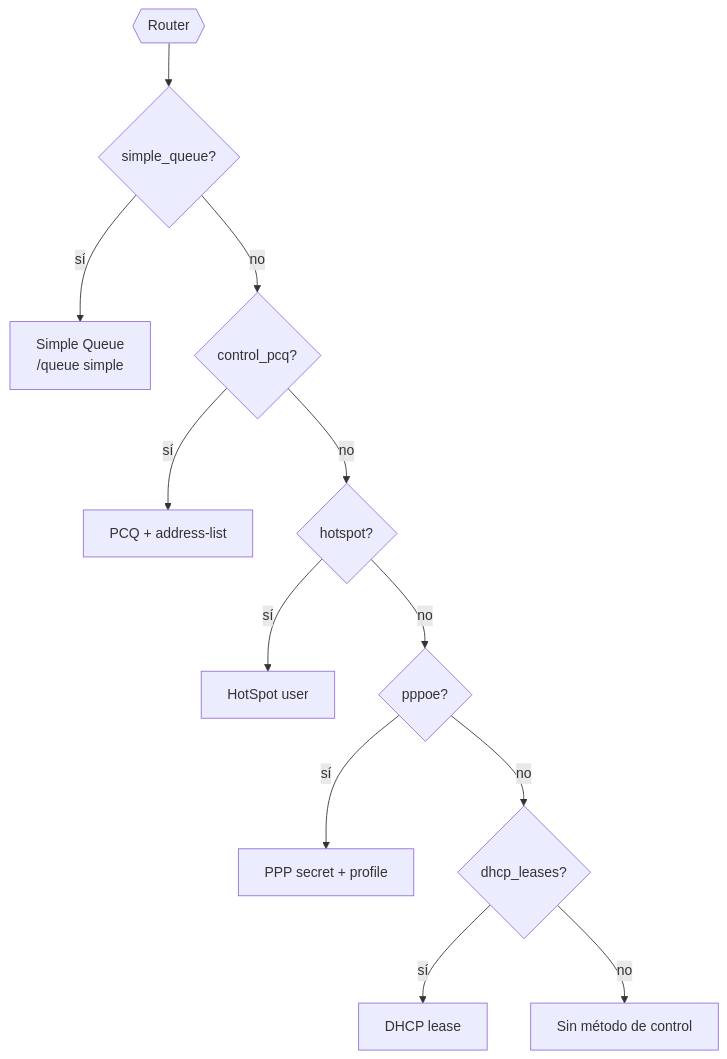
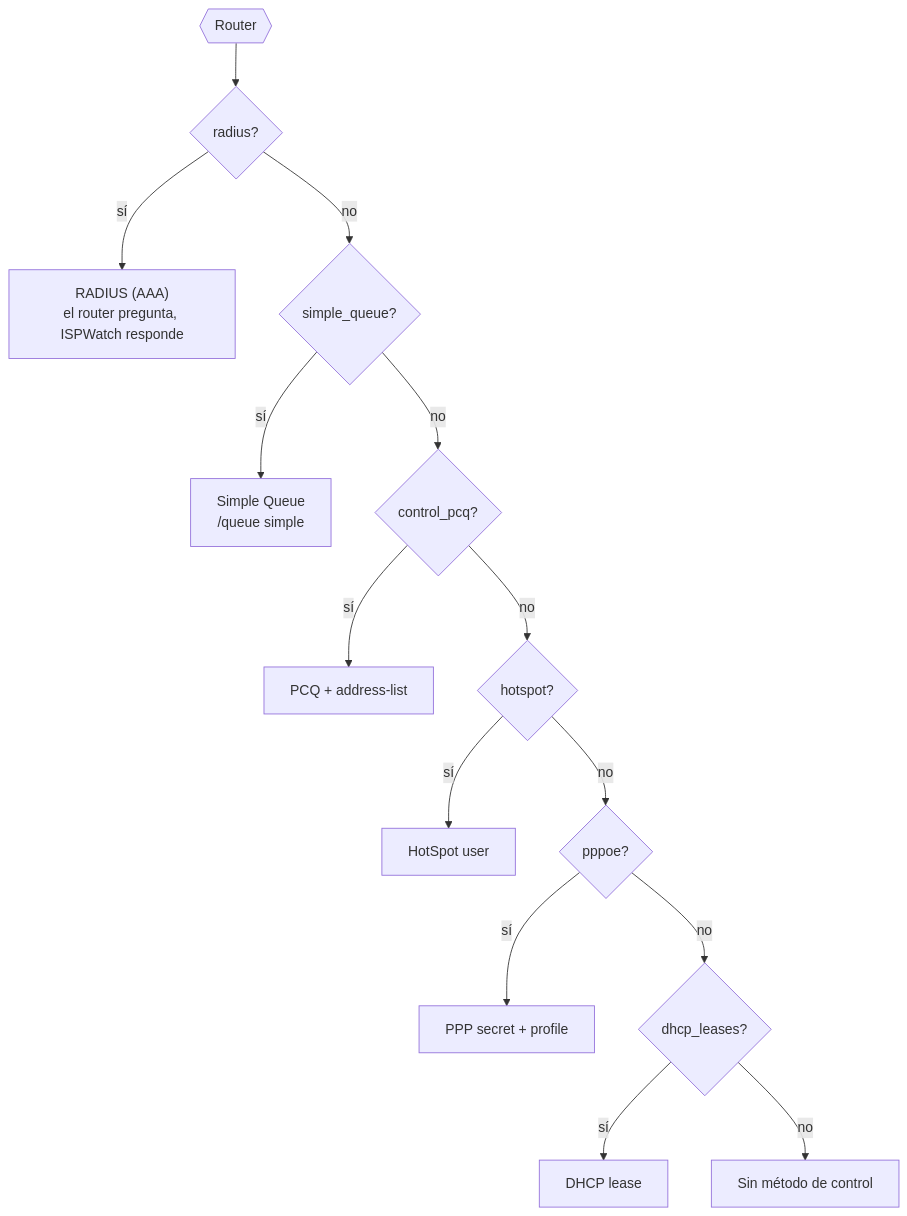
Before and after one commit to ispwatchcol/ISPWatch: the fifth of 7 diagrams in docs/ARQUITECTURA.md, drawn with Mermaid. The commit also changed other lines of this file and 23 other files, not shown here.

First line of the commit message:
feat(radius): fundación AAA — modo de control, esquema y toggle

````diff
--- a/docs/ARQUITECTURA.md
+++ b/docs/ARQUITECTURA.md
@@ -939,14 +939,16 @@
 ```mermaid
 flowchart TD
-    R{{"Router"}} --> Q{simple_queue?}
+    R{{"Router"}} --> RA{radius?}
+    RA -- sí --> RAM["RADIUS (AAA)<br/>el router pregunta, ISPWatch responde"]
+    RA -- no --> Q{simple_queue?}
     Q -- sí --> QM["Simple Queue<br/>/queue simple"]
     Q -- no --> P{control_pcq?}
     P -- sí --> PM["PCQ + address-list"]
     P -- no --> H{hotspot?}
     H -- sí --> HM["HotSpot user"]
     H -- no --> PP{pppoe?}
     PP -- sí --> PPM["PPP secret + profile"]
     PP -- no --> D{dhcp_leases?}
     D -- sí --> DM["DHCP lease"]
     D -- no --> N["Sin método de control"]
 ```
````
